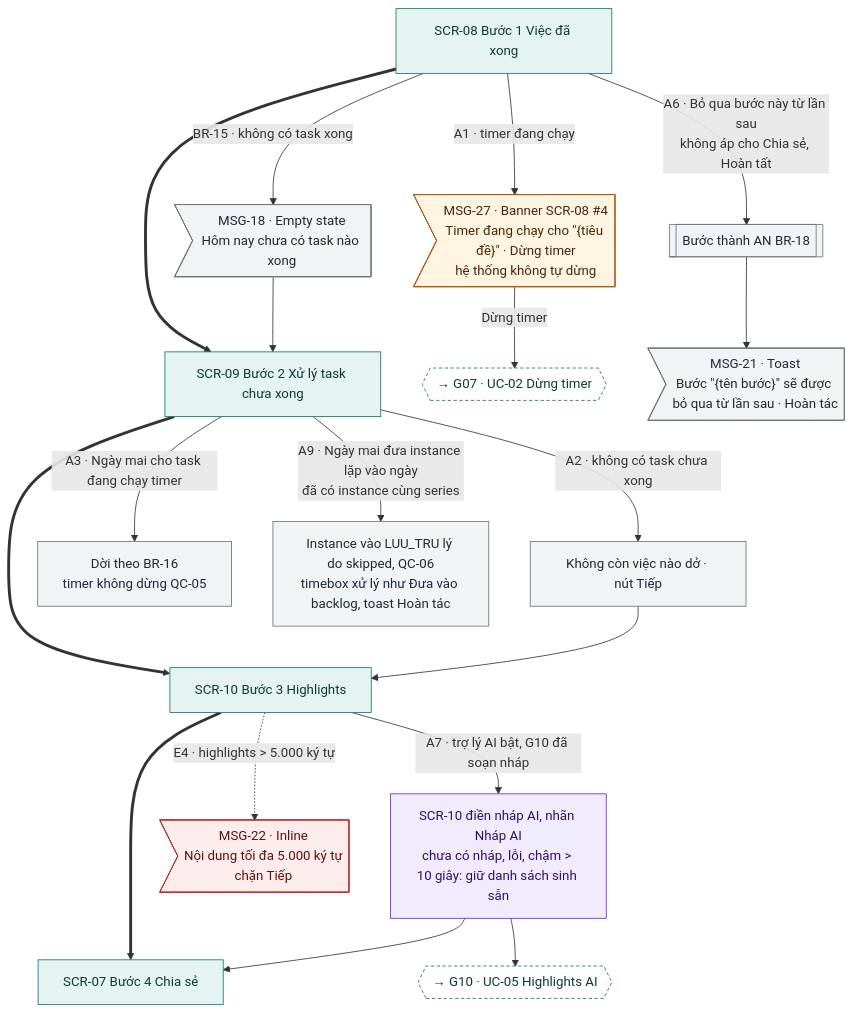
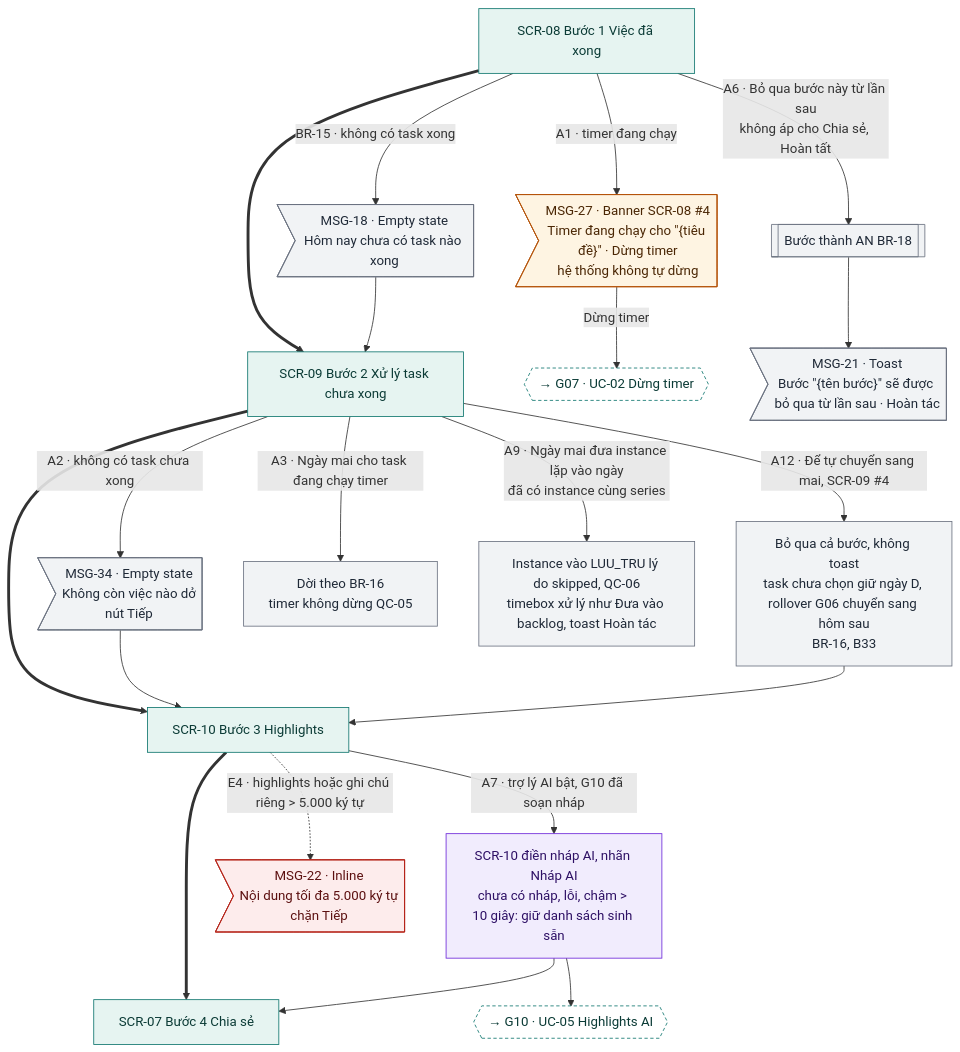
One commit to tannguyenho/personal-app changed the ninth of 18 diagrams in docs/design-brief/flow/g08-daily-rituals.md. Above: the diagram before and after it, drawn with Mermaid. The commit also changed other lines of this file and 5 other files, not shown here.

First line of the commit message:
docs(G08, G12): áp quyết định PO 09/11 vào SRS, PRD, flow

````diff
--- a/docs/design-brief/flow/g08-daily-rituals.md
+++ b/docs/design-brief/flow/g08-daily-rituals.md
@@ -405,40 +414,42 @@
 ```mermaid
 flowchart TD
   s1["SCR-08 Bước 1 Việc đã xong"]
   s2["SCR-09 Bước 2 Xử lý task chưa xong"]
   s3["SCR-10 Bước 3 Highlights"]
   s4["SCR-07 Bước 4 Chia sẻ"]
   s1 ==> s2 ==> s3 ==> s4
 
   s1 -->|"A1 · timer đang chạy"| a1m>"MSG-27 · Banner SCR-08 #4<br/>Timer đang chạy cho #quot;{tiêu đề}#quot; · Dừng timer<br/>hệ thống không tự dừng"]
   a1m -->|"Dừng timer"| a1x{{"→ G07 · UC-02 Dừng timer"}}
   s1 -->|"BR-15 · không có task xong"| m18>"MSG-18 · Empty state<br/>Hôm nay chưa có task nào xong"]
   m18 --> s2
-  s2 -->|"A2 · không có task chưa xong"| a2["Không còn việc nào dở · nút Tiếp"]
+  s2 -->|"A2 · không có task chưa xong"| a2>"MSG-34 · Empty state<br/>Không còn việc nào dở<br/>nút Tiếp"]
   a2 --> s3
+  s2 -->|"A12 · Để tự chuyển sang mai, SCR-09 #4"| a12["Bỏ qua cả bước, không toast<br/>task chưa chọn giữ ngày D, rollover G06 chuyển sang hôm sau<br/>BR-16, B33"]
+  a12 --> s3
   s2 -->|"A3 · Ngày mai cho task đang chạy timer"| a3["Dời theo BR-16<br/>timer không dừng QC-05"]
   s2 -->|"A9 · Ngày mai đưa instance lặp vào ngày<br/>đã có instance cùng series"| a9["Instance vào LUU_TRU lý do skipped, QC-06<br/>timebox xử lý như Đưa vào backlog, toast Hoàn tác"]
   s3 -->|"A7 · trợ lý AI bật, G10 đã soạn nháp"| a7["SCR-10 điền nháp AI, nhãn Nháp AI<br/>chưa có nháp, lỗi, chậm > 10 giây: giữ danh sách sinh sẵn"]
   a7 --> a7x{{"→ G10 · UC-05 Highlights AI"}}
   a7 --> s4
   s1 -->|"A6 · Bỏ qua bước này từ lần sau<br/>không áp cho Chia sẻ, Hoàn tất"| a6[["Bước thành AN BR-18"]]
   a6 --> a6m>"MSG-21 · Toast<br/>Bước #quot;{tên bước}#quot; sẽ được bỏ qua từ lần sau · Hoàn tác"]
 
-  s3 -.->|"E4 · highlights > 5.000 ký tự"| e4m>"MSG-22 · Inline<br/>Nội dung tối đa 5.000 ký tự<br/>chặn Tiếp"]
+  s3 -.->|"E4 · highlights hoặc ghi chú riêng > 5.000 ký tự"| e4m>"MSG-22 · Inline<br/>Nội dung tối đa 5.000 ký tự<br/>chặn Tiếp"]
 
   class s1,s2,s3,s4 happy
-  class m18,a2,a3,a9,a6,a6m alt
+  class m18,a2,a3,a9,a6,a6m,a12 alt
   class a1m warn
   class a7 ai
   class a1x,a7x link
   class e4m err
   classDef happy fill:#E6F4F1,stroke:#0F766E,color:#0B3B36
   classDef alt fill:#F1F3F5,stroke:#6B7280,color:#1F2937
   classDef err fill:#FDECEC,stroke:#B42318,color:#5C1010
   classDef warn fill:#FEF4E2,stroke:#B45309,color:#4A2604
   classDef ai fill:#F1ECFD,stroke:#6D28D9,color:#2E1065
   classDef sync fill:#FFFFFF,stroke:#6B7280,stroke-dasharray:4 3,color:#1F2937
   classDef link fill:#FFFFFF,stroke:#0F766E,stroke-dasharray:4 3,color:#0B3B36
   classDef done fill:#E6F4F1,stroke:#0F766E,stroke-width:3px,color:#0B3B36
   classDef fail fill:#FDECEC,stroke:#B42318,stroke-width:3px,color:#5C1010
 ```
````
